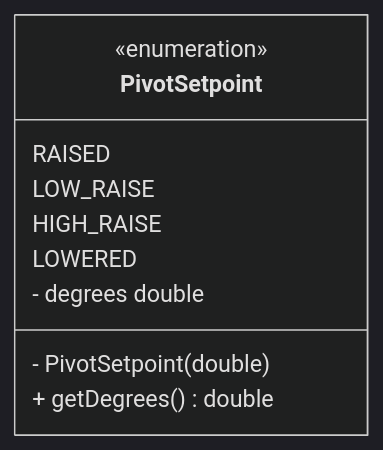
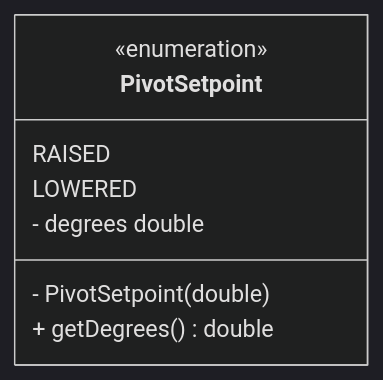
Before and after one commit to LakotaRobotics1038/2026RobotProject: the diagram in src/uml/frc/robot/constants/PivotSetpoint.mmd, drawn with Mermaid (dark theme). The commit also changed 7 other files, not shown here.

```diff
--- a/src/uml/frc/robot/constants/PivotSetpoint.mmd
+++ b/src/uml/frc/robot/constants/PivotSetpoint.mmd
@@ -1,13 +1,11 @@
 classDiagram
   direction LR
 
   class PivotSetpoint {
     <<enumeration>>
     RAISED
-    LOW_RAISE
-    HIGH_RAISE
     LOWERED
     - degrees double
     - PivotSetpoint(double)
     + getDegrees() double
   }
```
